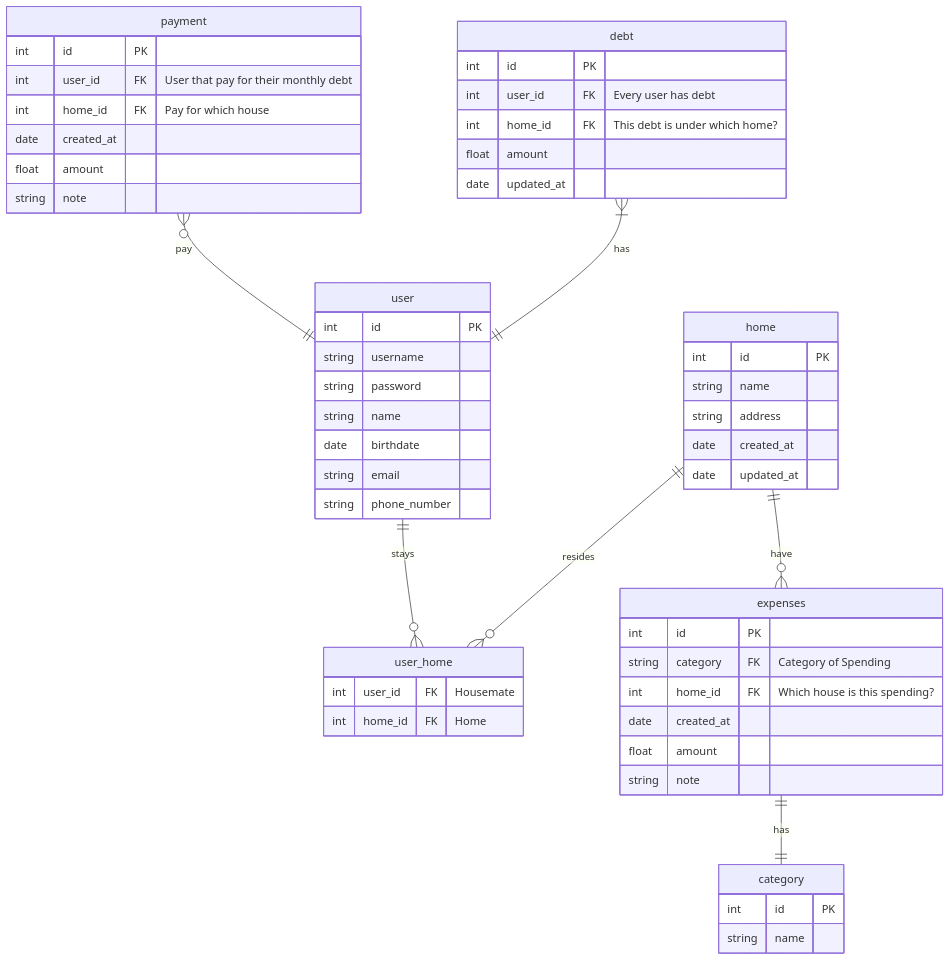
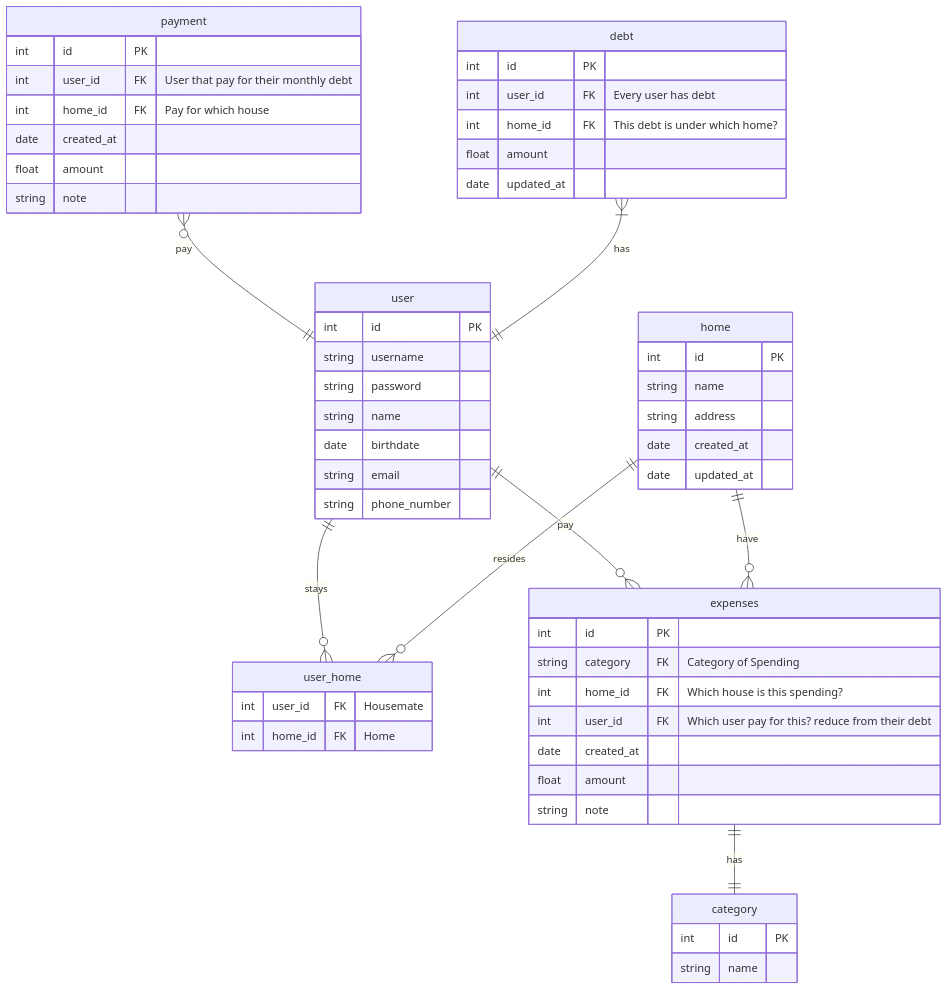
One commit to Skyquek/Trip-Bill-Management-System changed the diagram in mini-project/Readme.md. Above: the diagram before and after it, drawn with Mermaid. The commit also changed other lines of this file, not shown here.

````diff
--- a/mini-project/Readme.md
+++ b/mini-project/Readme.md
@@ -55,67 +56,69 @@
 ```mermaid
 erDiagram
     user ||--o{ user_home : stays
+    user ||--o{ expenses : pay
     user {
         int id PK
         string username
         string password
         string name
         date birthdate
         string email
         string phone_number
     }
     
     home ||--o{ user_home : resides
     home ||--o{ expenses : have
     home {
         int id PK
         string name
         string address
         date created_at
         date updated_at
     }
 
     user_home {
         int user_id FK "Housemate"
         int home_id FK "Home"
     }
 
     expenses ||--|| category: "has"
     expenses {
         int id PK
         string category FK "Category of Spending"
         int home_id FK "Which house is this spending?"
+        int user_id FK "Which user pay for this? reduce from their debt"
         date created_at
         float amount
         string note
     }
 
     category {
         int id PK
         string name
     }
 
     payment o{--|| user: pay
     payment {
         int id PK
         int user_id FK "User that pay for their monthly debt"
         int home_id FK "Pay for which house"
         date created_at
         float amount
         string note
     }
 
     debt |{--|| user : "has"
     debt {
         int id PK
         int user_id FK "Every user has debt"
         int home_id FK "This debt is under which home?"
         float amount
         date updated_at
     }
 
     
 
 
 
 ```
````
